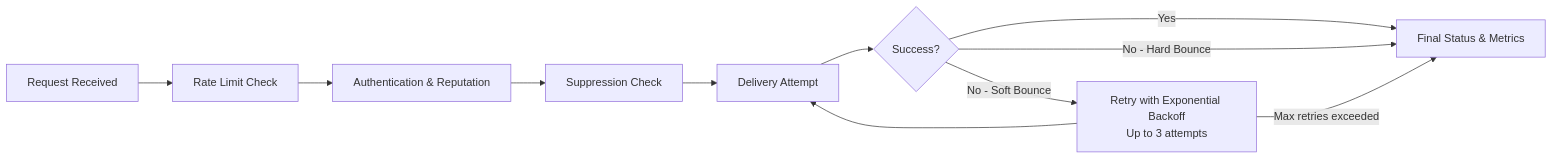
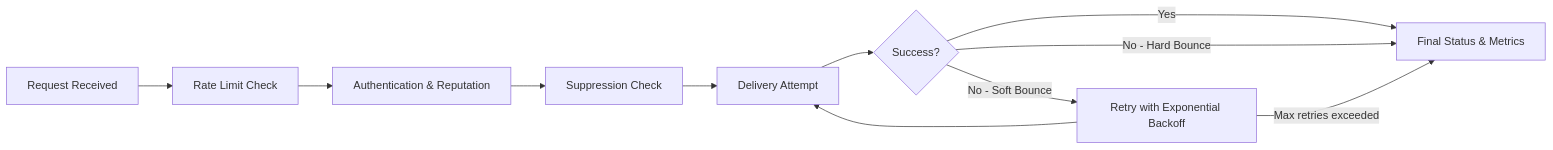
Before and after one commit to cloudflare/cloudflare-docs: the diagram in src/content/docs/email-service/concepts/email-lifecycle.mdx, drawn with Mermaid. The commit also changed other lines of this file and 9 other files, not shown here.

````diff
--- a/src/content/docs/email-service/concepts/email-lifecycle.mdx
+++ b/src/content/docs/email-service/concepts/email-lifecycle.mdx
@@ -18,10 +18,10 @@
 ```mermaid
 flowchart LR
     A[Request Received] --> B[Rate Limit Check] --> C[Authentication & Reputation] --> D[Suppression Check] --> E[Delivery Attempt]
     E --> G{Success?}
     G -->|Yes| F[Final Status & Metrics]
-    G -->|No - Soft Bounce| H[Retry with Exponential Backoff<br/>Up to 3 attempts]
+    G -->|No - Soft Bounce| H[Retry with Exponential Backoff]
     G -->|No - Hard Bounce| F
     H --> E
     H -->|Max retries exceeded| F
 ```
````
